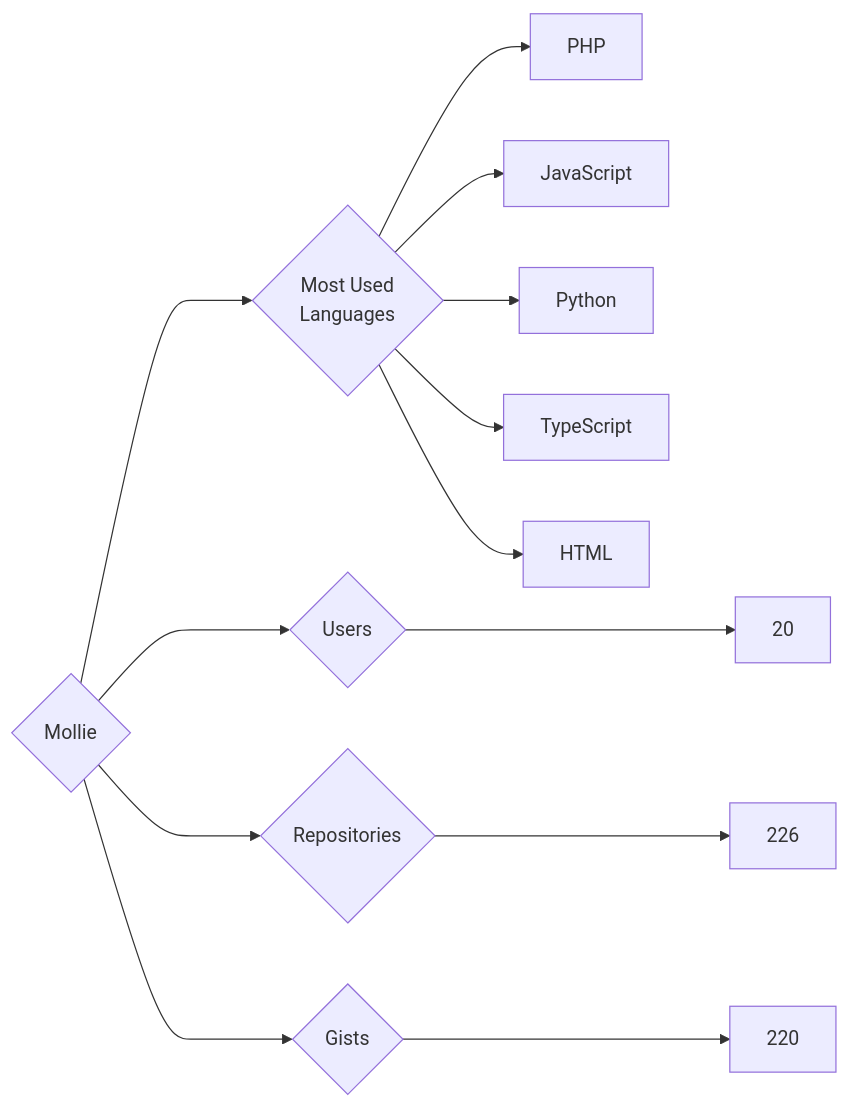
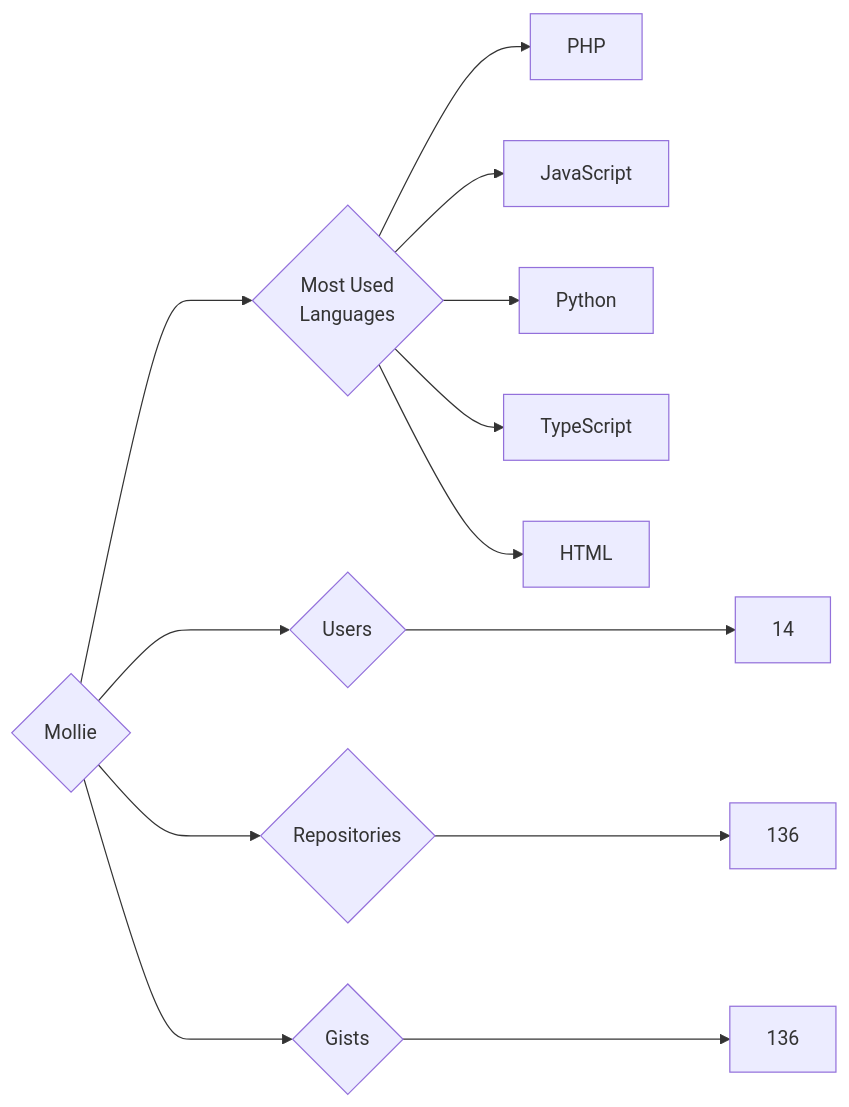
Before and after one commit to trickest/insiders: the diagram in targets/Mollie/README.md, drawn with Mermaid. The commit also changed 953 other files, not shown here.

````diff
--- a/targets/Mollie/README.md
+++ b/targets/Mollie/README.md
@@ -3,13 +3,13 @@
 ```mermaid
 graph LR
 COMPANY_NAME{Mollie}
-COMPANY_NAME ---> U{Users} ---> UN[20]
-COMPANY_NAME ---> R{Repositories} ---> RN[226]
-COMPANY_NAME ---> G{Gists} ---> GN[220]
+COMPANY_NAME ---> U{Users} ---> UN[14]
+COMPANY_NAME ---> R{Repositories} ---> RN[136]
+COMPANY_NAME ---> G{Gists} ---> GN[136]
 COMPANY_NAME ---> ML{Most Used<br>Languages}
 ML --> PHP[PHP]
 ML --> JavaScript[JavaScript]
 ML --> Python[Python]
 ML --> TypeScript[TypeScript]
 ML --> HTML[HTML]
 ```
````
